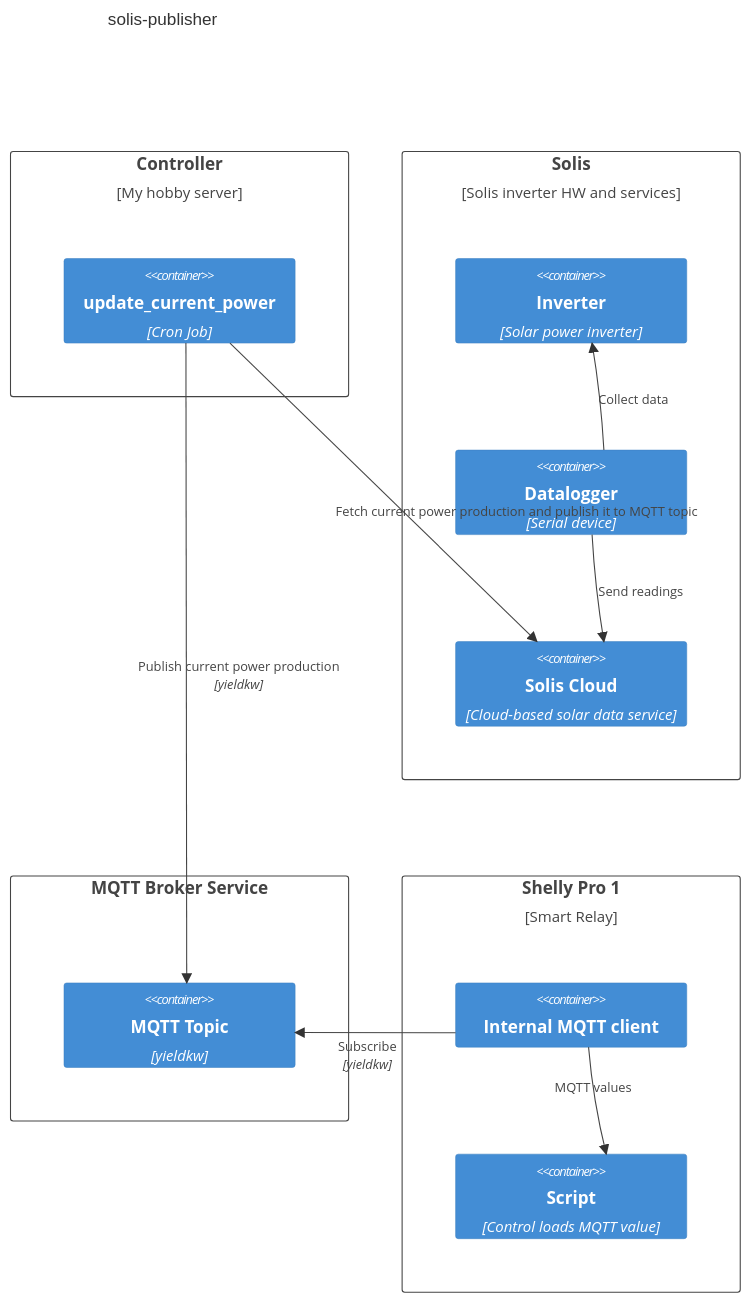
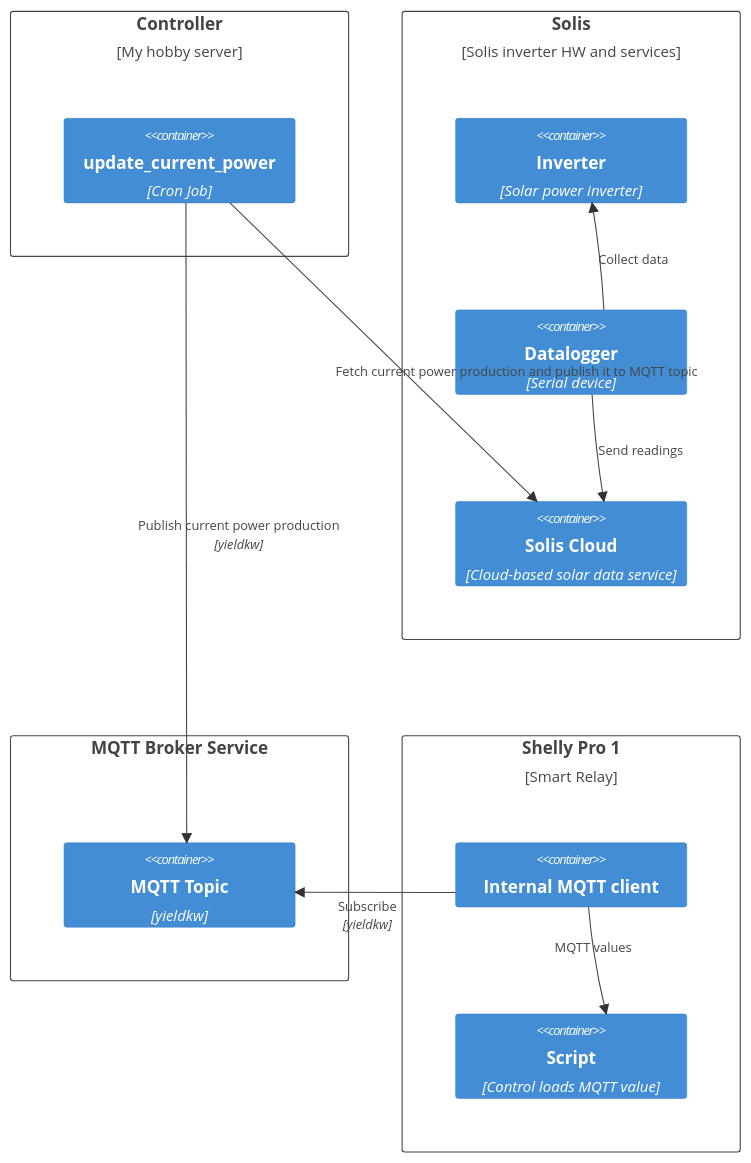
The diagram in README.md (satuomainen/solis-publisher), drawn with Mermaid before and after one commit.

Commit message:
Remove diagram title

````diff
--- a/README.md
+++ b/README.md
@@ -12,38 +12,36 @@
 ```mermaid
 C4Deployment
-    title solis-publisher
-
     Deployment_Node(controlService, "Controller", "My hobby server") {
         Container(updateCurrentPower, "update_current_power", "Cron Job")
 
         Rel(updateCurrentPower, solisCloud, "Fetch current power production and publish it to MQTT topic")
         Rel(updateCurrentPower, mqttTopic, "Publish current power production", "yieldkw")
 
         UpdateRelStyle(updateCurrentPower, mqttTopic, $offsetX="-45")
         UpdateRelStyle(updateCurrentPower, solisCloud, $offsetX="-45", $offsetY="15")
     }
 
     Deployment_Node(solisBoundary, "Solis", "Solis inverter HW and services") {
         Container(solisInverter, "Inverter", "Solar power inverter")
         Container(solisLogger, "Datalogger", "Serial device")
         Container(solisCloud, "Solis Cloud", "Cloud-based solar data service")
 
         Rel(solisLogger, solisInverter, "Collect data")
         Rel(solisLogger, solisCloud, "Send readings")
     }
 
     Deployment_Node(mqttCloud, "MQTT Broker Service", "") {
         Container(mqttTopic, "MQTT Topic", "yieldkw")
     }
 
     Deployment_Node(shellyRelay, "Shelly Pro 1", "Smart Relay") {
         Container(internalMqttClient, "Internal MQTT client")
         Container(runWhenSunny, "Script", "Control loads MQTT value")
 
         Rel(internalMqttClient, runWhenSunny , "MQTT values")
         Rel(internalMqttClient, mqttTopic, "Subscribe", "yieldkw")
 
         UpdateRelStyle(internalMqttClient, mqttTopic, $offsetX="-35", $offsetY="10")
         UpdateRelStyle(internalMqttClient, runWhenSunny, $offsetX="-40", $offsetY="-15")
     }
 ```
````
